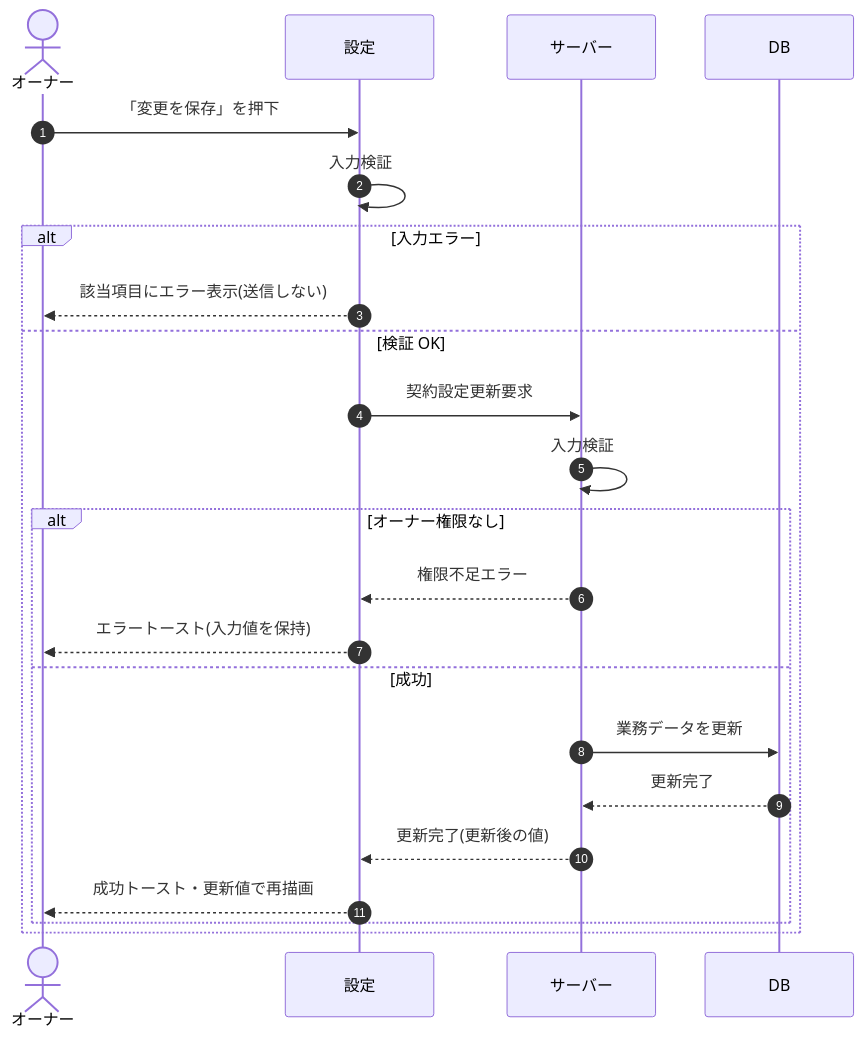
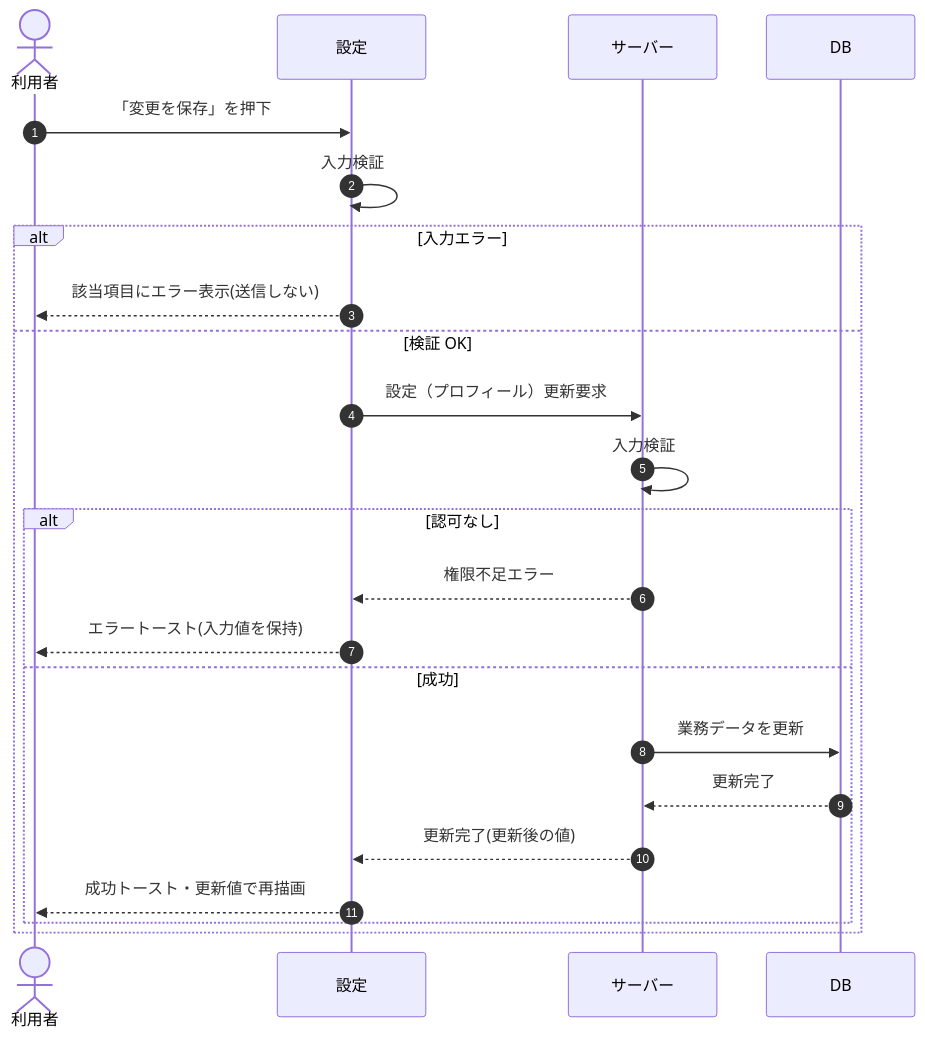
One commit to sikakou54/open-faq changed the diagram in 02_basic_design/03_sequences/SEQ-086.md. Above: the diagram before and after it, drawn with Mermaid. The commit also changed other lines of this file and 294 other files, not shown here.

````diff
--- a/02_basic_design/03_sequences/SEQ-086.md
+++ b/02_basic_design/03_sequences/SEQ-086.md
@@ -24,25 +24,25 @@
 ```mermaid
 sequenceDiagram
   autonumber
-  actor U as オーナー
+  actor U as 利用者
   participant Screen as 設定
   participant Server as サーバー
   participant DB as DB
   U->>Screen: 「変更を保存」を押下
   Screen->>Screen: 入力検証
   alt 入力エラー
     Screen-->>U: 該当項目にエラー表示(送信しない)
   else 検証 OK
-    Screen->>Server: 契約設定更新要求
+    Screen->>Server: 設定（プロフィール）更新要求
     Server->>Server: 入力検証
-    alt オーナー権限なし
+    alt 認可なし
       Server-->>Screen: 権限不足エラー
       Screen-->>U: エラートースト(入力値を保持)
     else 成功
       Server->>DB: 業務データを更新
       DB-->>Server: 更新完了
       Server-->>Screen: 更新完了(更新後の値)
       Screen-->>U: 成功トースト・更新値で再描画
     end
   end
 ```
````
